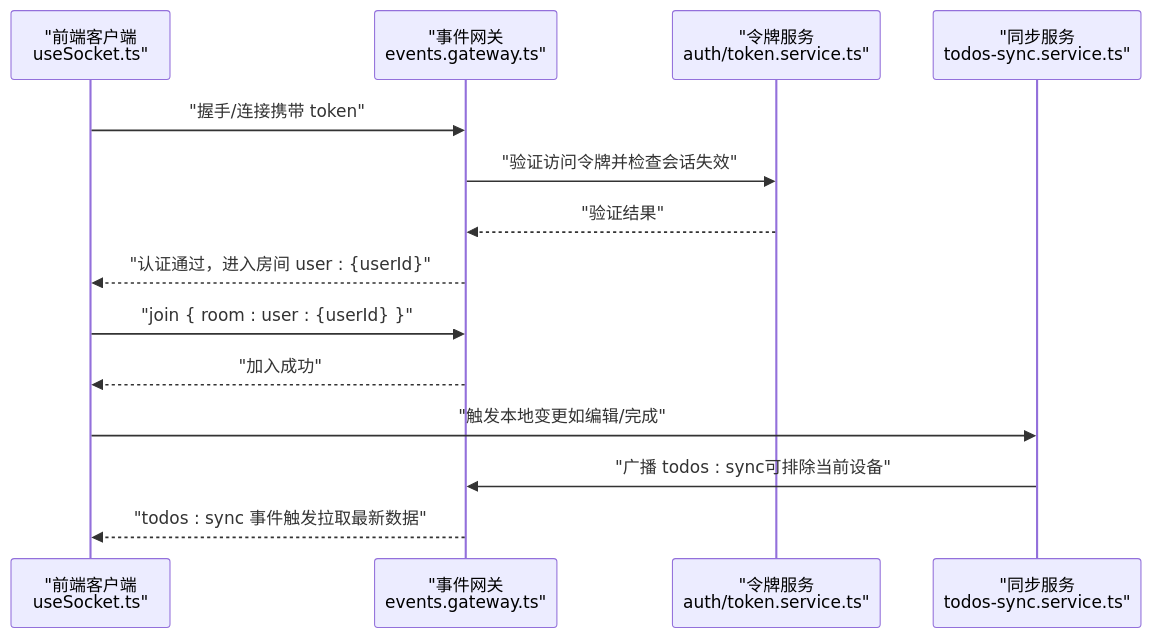
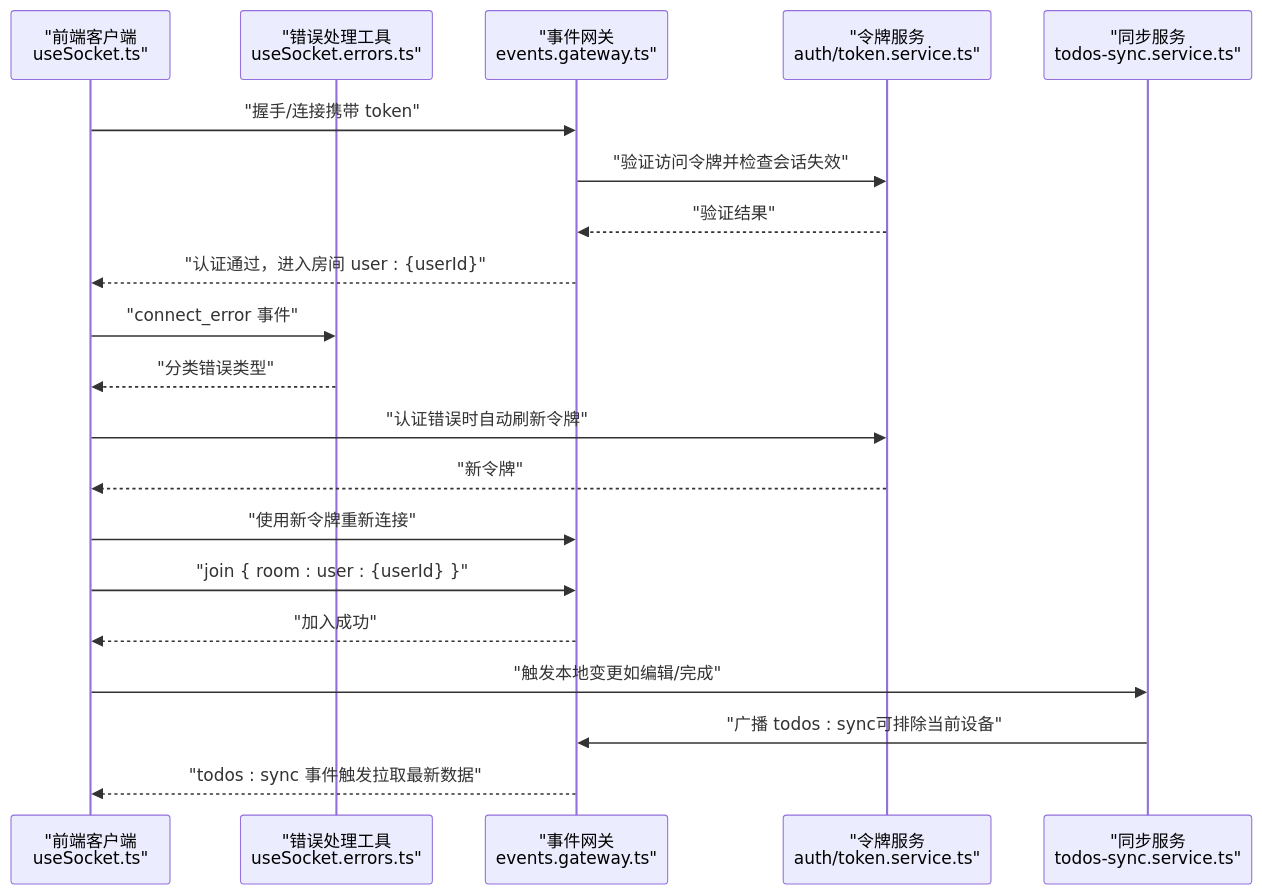
Before and after one commit to xixixiaoyu/Todo: the second of 7 diagrams in .qoder/repowiki/zh/content/架构设计/实时通信架构.md, drawn with Mermaid. The commit also changed other lines of this file and 6 other files, not shown here.

````diff
--- a/.qoder/repowiki/zh/content/架构设计/实时通信架构.md
+++ b/.qoder/repowiki/zh/content/架构设计/实时通信架构.md
@@ -94,16 +108,22 @@
 ```mermaid
 sequenceDiagram
 participant FE as "前端客户端<br/>useSocket.ts"
+participant ERR as "错误处理工具<br/>useSocket.errors.ts"
 participant GW as "事件网关<br/>events.gateway.ts"
 participant AUTH as "令牌服务<br/>auth/token.service.ts"
 participant SYNC as "同步服务<br/>todos-sync.service.ts"
 FE->>GW : "握手/连接携带 token"
 GW->>AUTH : "验证访问令牌并检查会话失效"
 AUTH-->>GW : "验证结果"
 GW-->>FE : "认证通过，进入房间 user : {userId}"
+FE->>ERR : "connect_error 事件"
+ERR-->>FE : "分类错误类型"
+FE->>AUTH : "认证错误时自动刷新令牌"
+AUTH-->>FE : "新令牌"
+FE->>GW : "使用新令牌重新连接"
 FE->>GW : "join { room : user : {userId} }"
 GW-->>FE : "加入成功"
 FE->>SYNC : "触发本地变更如编辑/完成"
 SYNC->>GW : "广播 todos : sync可排除当前设备"
 GW-->>FE : "todos : sync 事件触发拉取最新数据"
 ```
````
